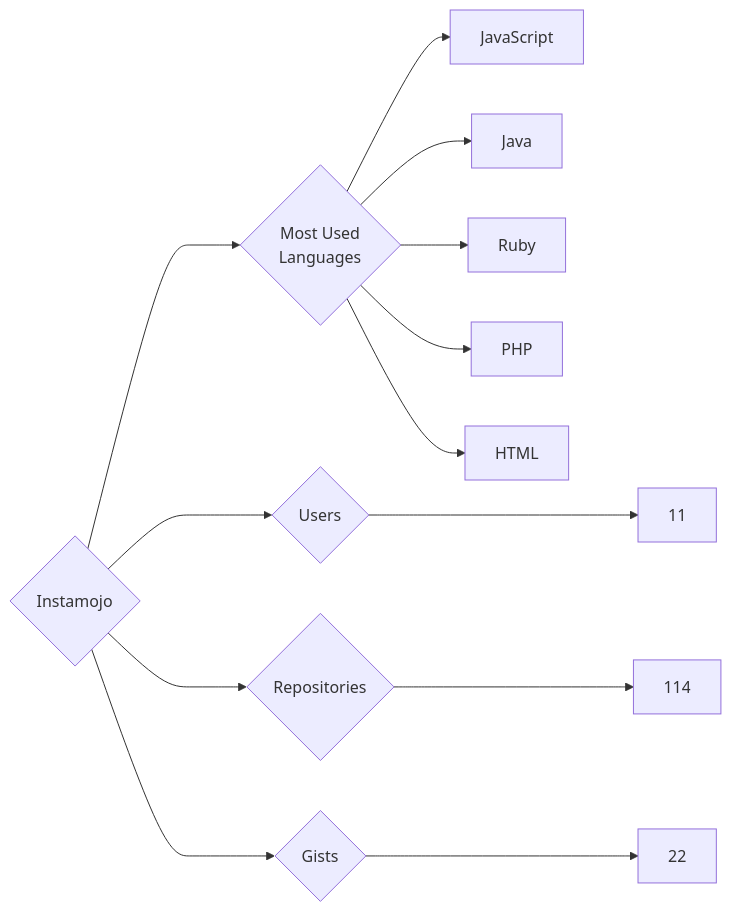
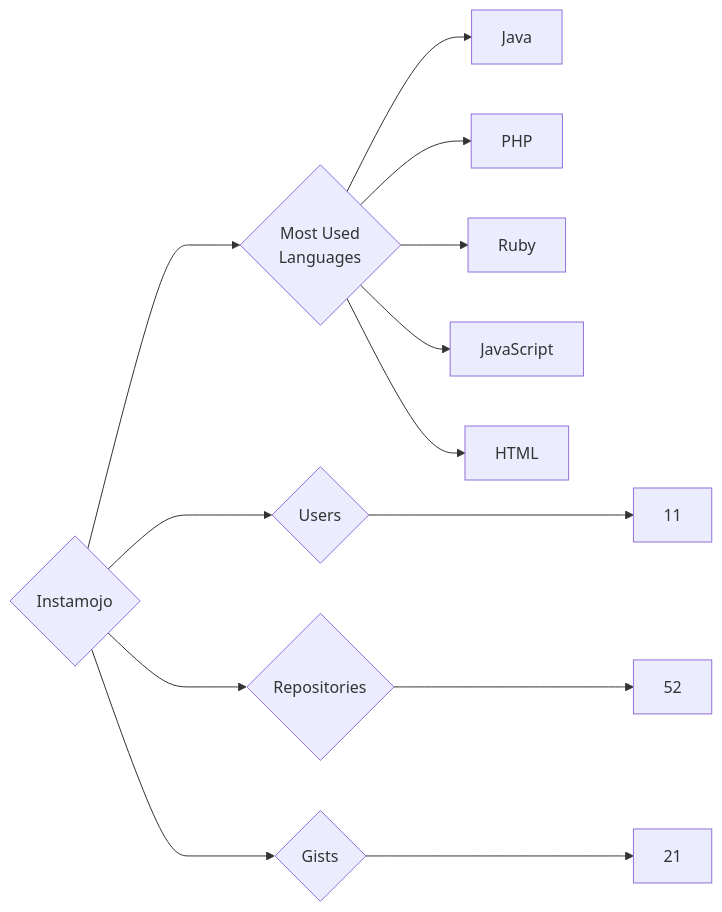
Before and after one commit to trickest/insiders: the diagram in targets/Instamojo/README.md, drawn with Mermaid. The commit also changed 1141 other files, not shown here.

````diff
--- a/targets/Instamojo/README.md
+++ b/targets/Instamojo/README.md
@@ -3,13 +3,13 @@
 ```mermaid
 graph LR
 COMPANY_NAME{Instamojo}
 COMPANY_NAME ---> U{Users} ---> UN[11]
-COMPANY_NAME ---> R{Repositories} ---> RN[114]
-COMPANY_NAME ---> G{Gists} ---> GN[22]
+COMPANY_NAME ---> R{Repositories} ---> RN[52]
+COMPANY_NAME ---> G{Gists} ---> GN[21]
 COMPANY_NAME ---> ML{Most Used<br>Languages}
+ML --> Java[Java]
+ML --> PHP[PHP]
+ML --> Ruby[Ruby]
 ML --> JavaScript[JavaScript]
-ML --> Java[Java]
-ML --> Ruby[Ruby]
-ML --> PHP[PHP]
 ML --> HTML[HTML]
 ```
````
